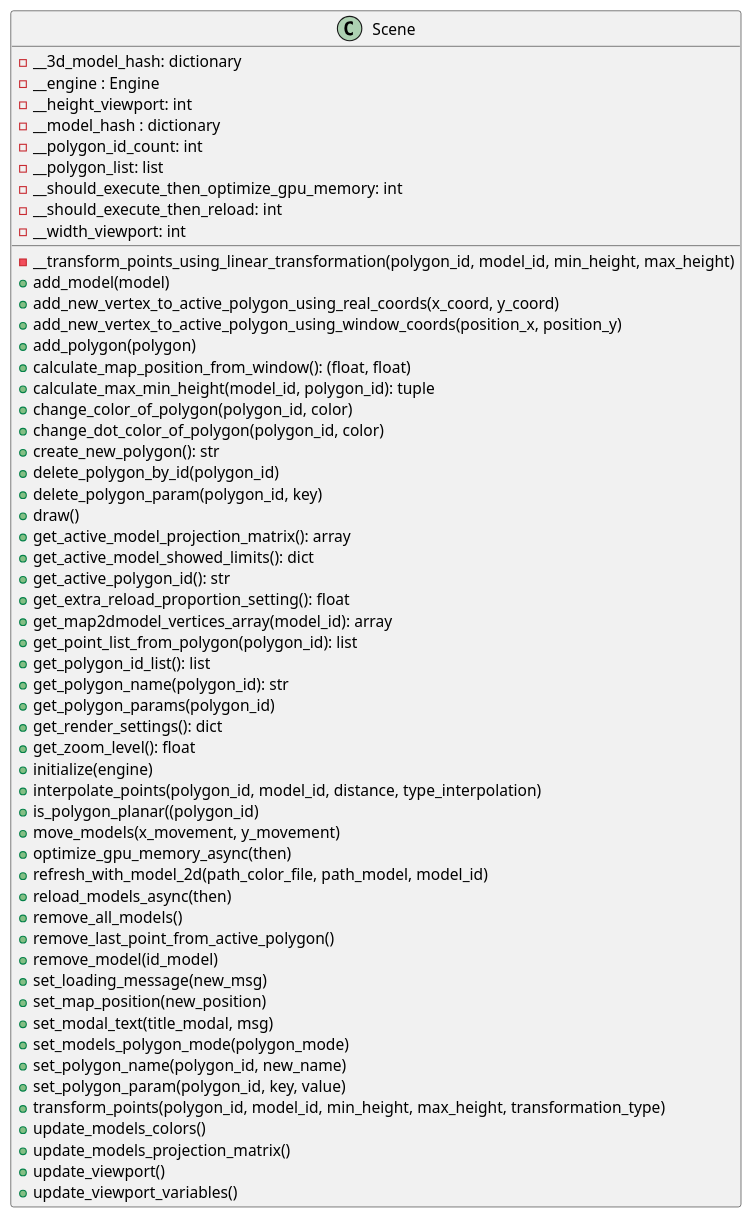
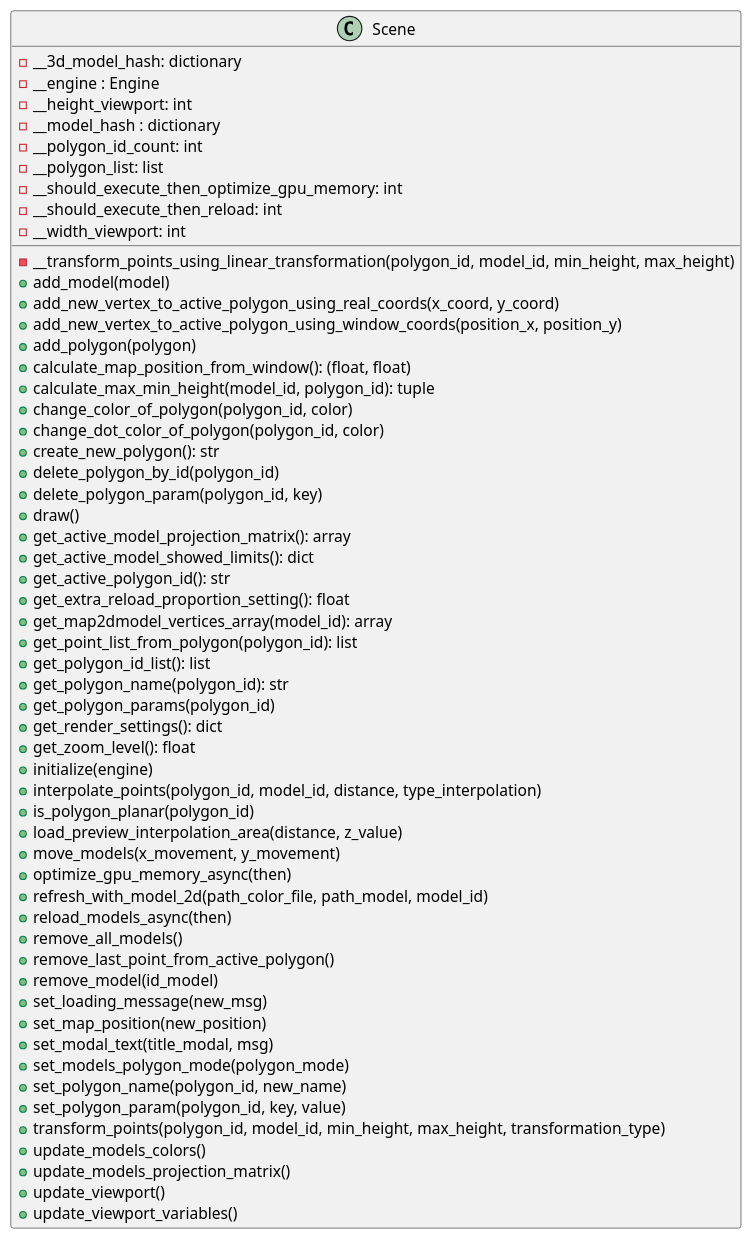
The diagram in docs/classes/Scene.puml (ferpoble2/Relief_Creator), drawn with PlantUML before and after one commit. The commit also changed 1 other file, not shown here.

Commit message:
Added method load_preview_interpolation_area and added logic to the scene to calculate two planes to use to indicate the interpolation area.

```diff
--- a/docs/classes/Scene.puml
+++ b/docs/classes/Scene.puml
@@ -1,60 +1,61 @@
 @startuml
             class Scene{
                 - __transform_points_using_linear_transformation(polygon_id, model_id, min_height, max_height)
                 + add_model(model)
                 + add_new_vertex_to_active_polygon_using_real_coords(x_coord, y_coord)
                 + add_new_vertex_to_active_polygon_using_window_coords(position_x, position_y)
                 + add_polygon(polygon)
                 + calculate_map_position_from_window(): (float, float)
                 + calculate_max_min_height(model_id, polygon_id): tuple
                 + change_color_of_polygon(polygon_id, color)
                 + change_dot_color_of_polygon(polygon_id, color)
                 + create_new_polygon(): str
                 + delete_polygon_by_id(polygon_id)
                 + delete_polygon_param(polygon_id, key)
                 + draw()
                 + get_active_model_projection_matrix(): array
                 + get_active_model_showed_limits(): dict
                 + get_active_polygon_id(): str
                 + get_extra_reload_proportion_setting(): float
                 + get_map2dmodel_vertices_array(model_id): array
                 + get_point_list_from_polygon(polygon_id): list
                 + get_polygon_id_list(): list
                 + get_polygon_name(polygon_id): str
                 + get_polygon_params(polygon_id)
                 + get_render_settings(): dict
                 + get_zoom_level(): float
                 + initialize(engine)
                 + interpolate_points(polygon_id, model_id, distance, type_interpolation)
-                + is_polygon_planar((polygon_id)
+                + is_polygon_planar(polygon_id)
+                + load_preview_interpolation_area(distance, z_value)
                 + move_models(x_movement, y_movement)
                 + optimize_gpu_memory_async(then)
                 + refresh_with_model_2d(path_color_file, path_model, model_id)
                 + reload_models_async(then)
                 + remove_all_models()
                 + remove_last_point_from_active_polygon()
                 + remove_model(id_model)
                 + set_loading_message(new_msg)
                 + set_map_position(new_position)
                 + set_modal_text(title_modal, msg)
                 + set_models_polygon_mode(polygon_mode)
                 + set_polygon_name(polygon_id, new_name)
                 + set_polygon_param(polygon_id, key, value)
                 + transform_points(polygon_id, model_id, min_height, max_height, transformation_type)
                 + update_models_colors()
                 + update_models_projection_matrix()
                 + update_viewport()
                 + update_viewport_variables()
 
                 - __3d_model_hash: dictionary
                 - __engine : Engine
                 - __height_viewport: int
                 - __model_hash : dictionary
                 - __polygon_id_count: int
                 - __polygon_list: list
                 - __should_execute_then_optimize_gpu_memory: int
                 - __should_execute_then_reload: int
                 - __width_viewport: int
             }
 
 @enduml
```
